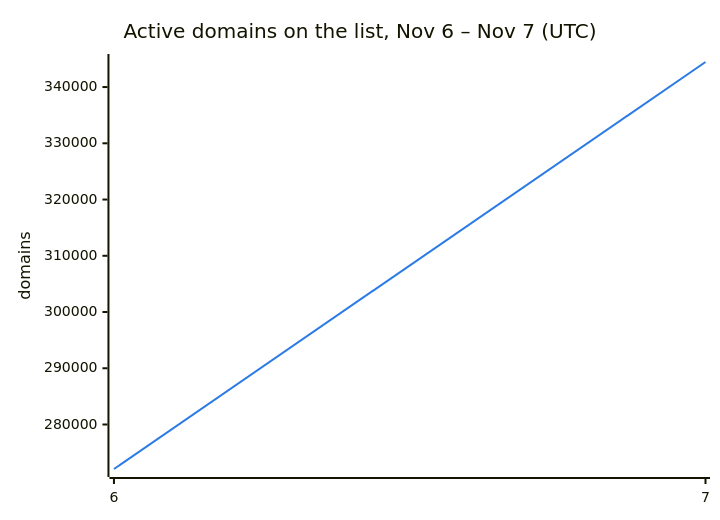
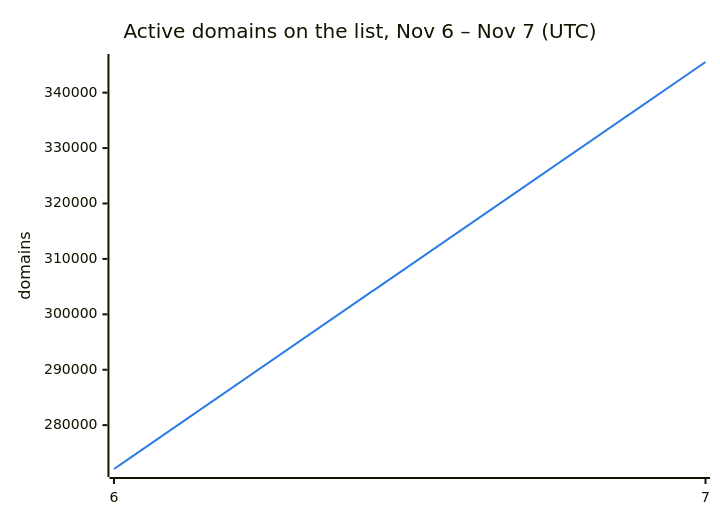
One commit to DNSBunker/CTI changed the second of 3 diagrams in README.md. Above: the diagram before and after it, drawn with Mermaid. The commit also changed other lines of this file and 3 other files, not shown here.

````diff
--- a/README.md
+++ b/README.md
@@ -38,8 +38,8 @@
 ```mermaid
 %%{init: {"themeVariables": {"xyChart": {"plotColorPalette": "#2c7be5"}}}}%%
 xychart-beta
     title "Active domains on the list, Nov 6 – Nov 7 (UTC)"
     x-axis ["6", "7"]
     y-axis "domains"
-    line [272088, 344455]
+    line [272088, 345532]
 ```
````
